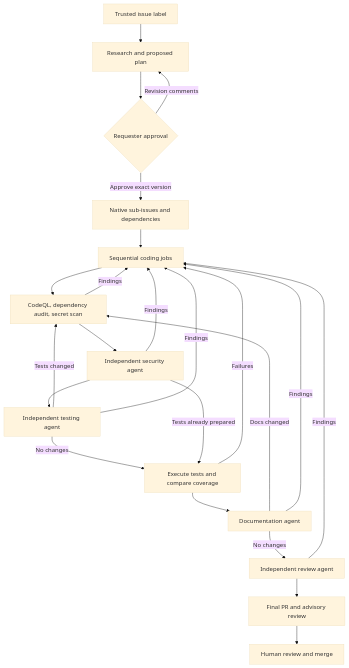
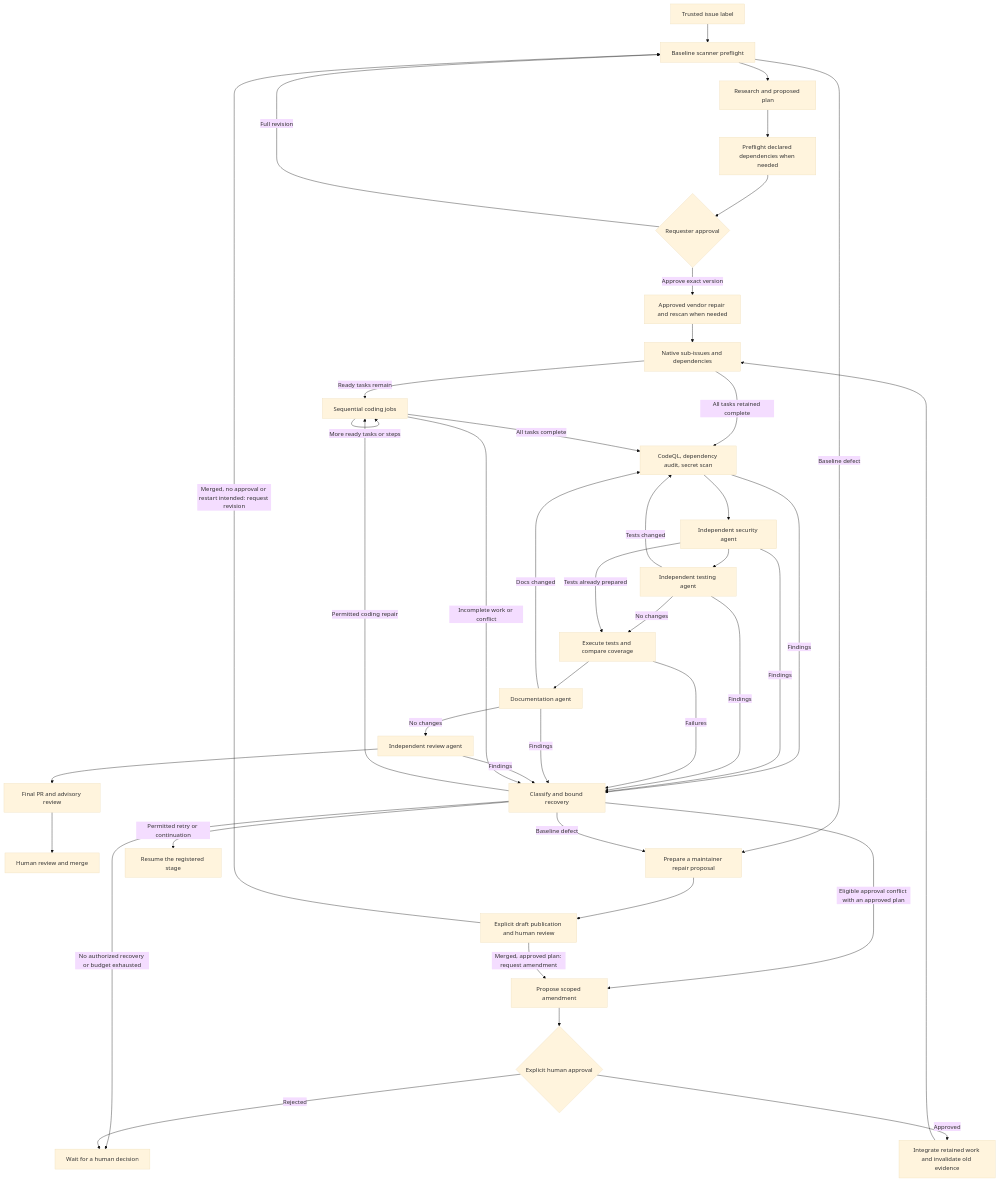
One commit to dav1dc-github-cs-org/agentic-sdlc-prototype changed the diagram in README.md. Above: the diagram before and after it, drawn with Mermaid (base theme). The commit also changed other lines of this file and 29 other files, not shown here.

````diff
--- a/README.md
+++ b/README.md
@@ -14,25 +15,44 @@
 ```mermaid
 flowchart TD
-  issue[Trusted issue label] --> research[Research and proposed plan]
-  research --> approval{Requester approval}
-  approval -->|Revision comments| research
-  approval -->|Approve exact version| tasks[Native sub-issues and dependencies]
-  tasks --> coding[Sequential coding jobs]
-  coding --> scans[CodeQL, dependency audit, secret scan]
+  issue[Trusted issue label] --> preflight[Baseline scanner preflight]
+  preflight --> research[Research and proposed plan]
+  research --> dependencies[Preflight declared dependencies when needed]
+  dependencies --> approval{Requester approval}
+  approval -->|Full revision| preflight
+  approval -->|Approve exact version| vendor[Approved vendor repair and rescan when needed]
+  vendor --> tasks[Native sub-issues and dependencies]
+  tasks -->|"Ready tasks remain"| coding[Sequential coding jobs]
+  tasks -->|"All tasks retained complete"| scans[CodeQL, dependency audit, secret scan]
+  coding -->|"More ready tasks or steps"| coding
+  coding -->|"All tasks complete"| scans
   scans --> security[Independent security agent]
   security --> testing[Independent testing agent]
   testing -->|Tests changed| scans
   testing -->|No changes| validation[Execute tests and compare coverage]
   security -->|Tests already prepared| validation
   validation --> documentation[Documentation agent]
   documentation -->|Docs changed| scans
   documentation -->|No changes| review[Independent review agent]
   review --> publication[Final PR and advisory review]
   publication --> human[Human review and merge]
-  scans -->|Findings| coding
-  security -->|Findings| coding
-  testing -->|Findings| coding
-  validation -->|Failures| coding
-  documentation -->|Findings| coding
-  review -->|Findings| coding
+  scans -->|Findings| recovery[Classify and bound recovery]
+  security -->|Findings| recovery
+  testing -->|Findings| recovery
+  validation -->|Failures| recovery
+  documentation -->|Findings| recovery
+  review -->|Findings| recovery
+  coding -->|Incomplete work or conflict| recovery
+  preflight -->|Baseline defect| maintenance[Prepare a maintainer repair proposal]
+  recovery -->|"Permitted coding repair"| coding
+  recovery -->|"Permitted retry or continuation"| continuation[Resume the registered stage]
+  recovery -->|"Eligible approval conflict with an approved plan"| amendment[Propose scoped amendment]
+  recovery -->|"No authorized recovery or budget exhausted"| blocked[Wait for a human decision]
+  amendment --> decision{Explicit human approval}
+  decision -->|Approved| integrate[Integrate retained work and invalidate old evidence]
+  decision -->|Rejected| blocked
+  integrate --> tasks
+  recovery -->|Baseline defect| maintenance
+  maintenance --> maintainer[Explicit draft publication and human review]
+  maintainer -->|"Merged, approved plan: request amendment"| amendment
+  maintainer -->|"Merged, no approval or restart intended: request revision"| preflight
 ```
````
